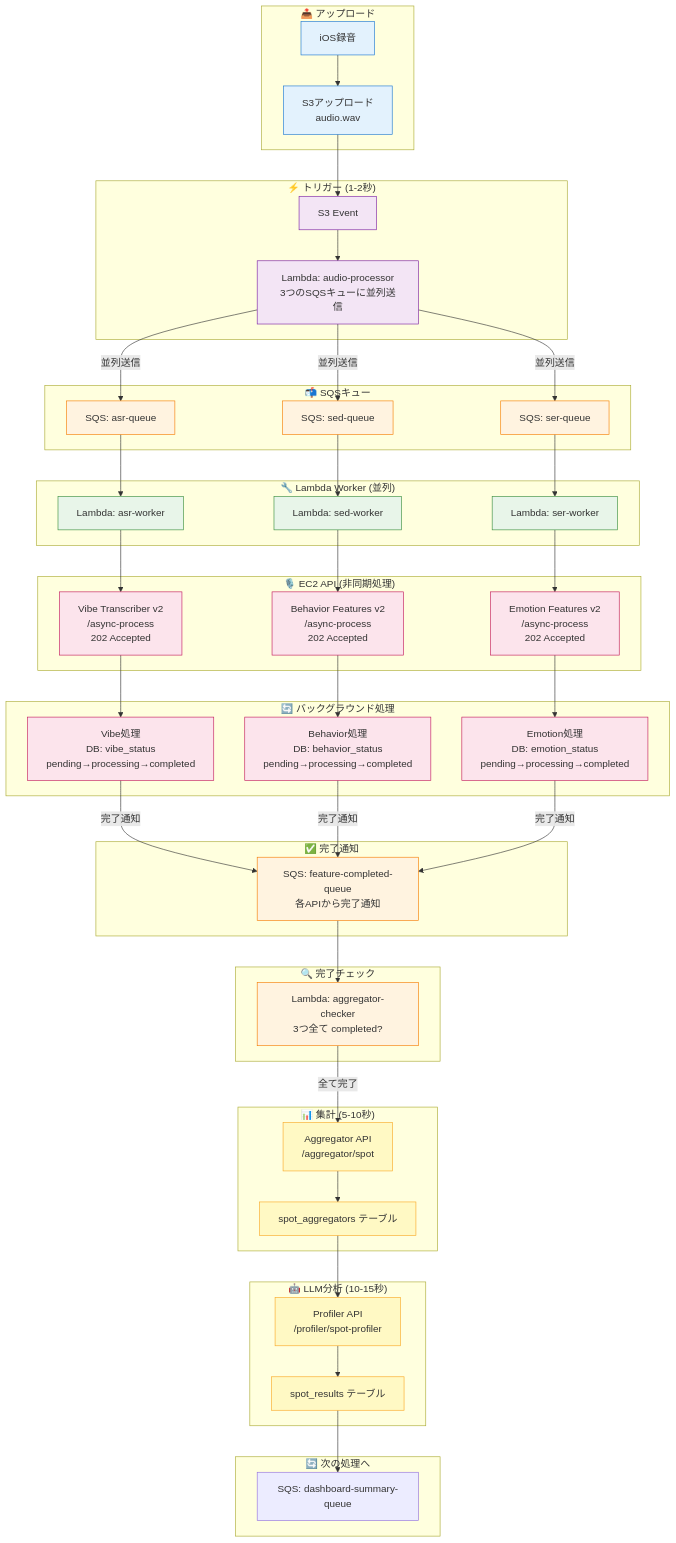
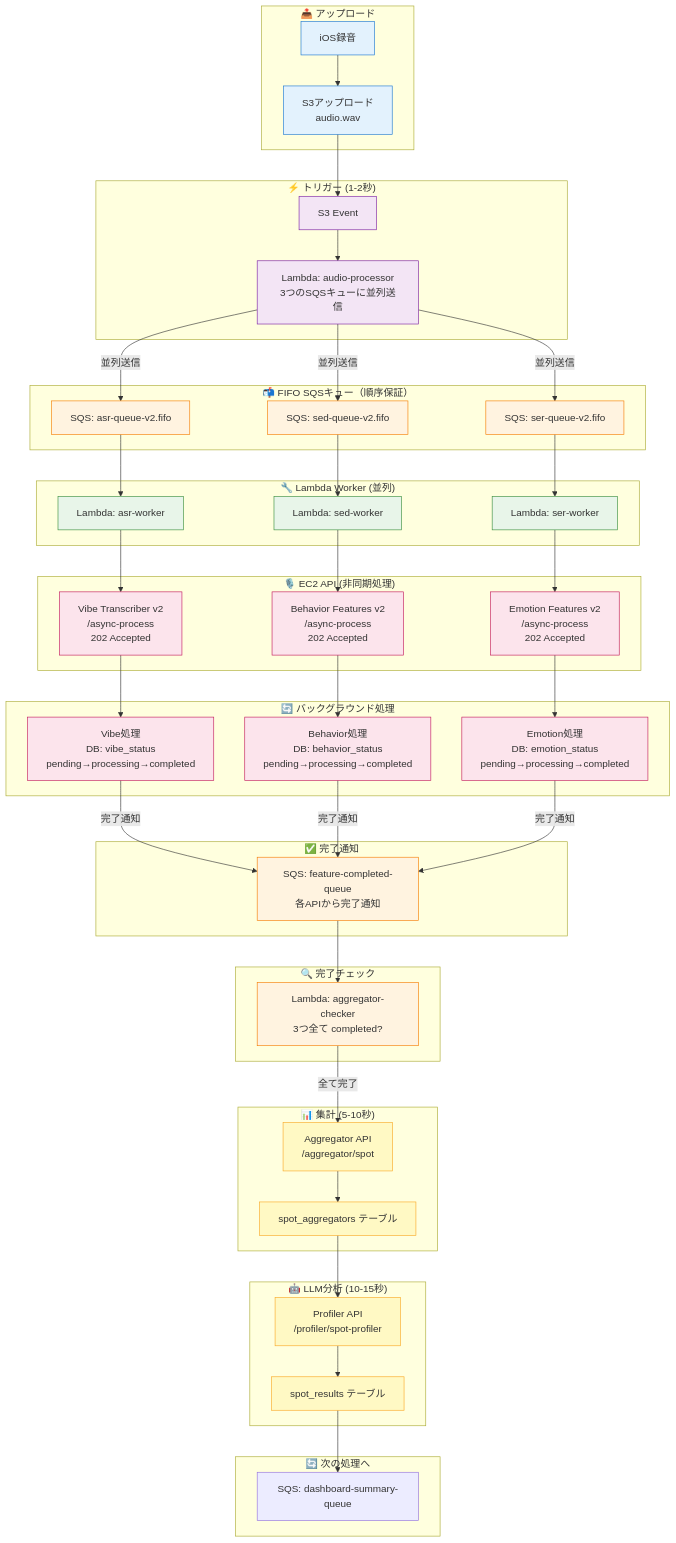
The first of 3 diagrams in docs/PROCESSING_ARCHITECTURE.md (hey-watchme/server-configs), drawn with Mermaid before and after one commit. The commit also changed other lines of this file and 2 other files, not shown here.

```diff
--- a/docs/PROCESSING_ARCHITECTURE.md
+++ b/docs/PROCESSING_ARCHITECTURE.md
@@ -57,10 +57,10 @@
         D[Lambda: audio-processor<br/>3つのSQSキューに並列送信]
     end
 
-    subgraph Queue["📬 SQSキュー"]
-        E1[SQS: asr-queue]
-        E2[SQS: sed-queue]
-        E3[SQS: ser-queue]
+    subgraph Queue["📬 FIFO SQSキュー（順序保証）"]
+        E1[SQS: asr-queue-v2.fifo]
+        E2[SQS: sed-queue-v2.fifo]
+        E3[SQS: ser-queue-v2.fifo]
     end
 
     subgraph Worker["🔧 Lambda Worker (並列)"]
```
